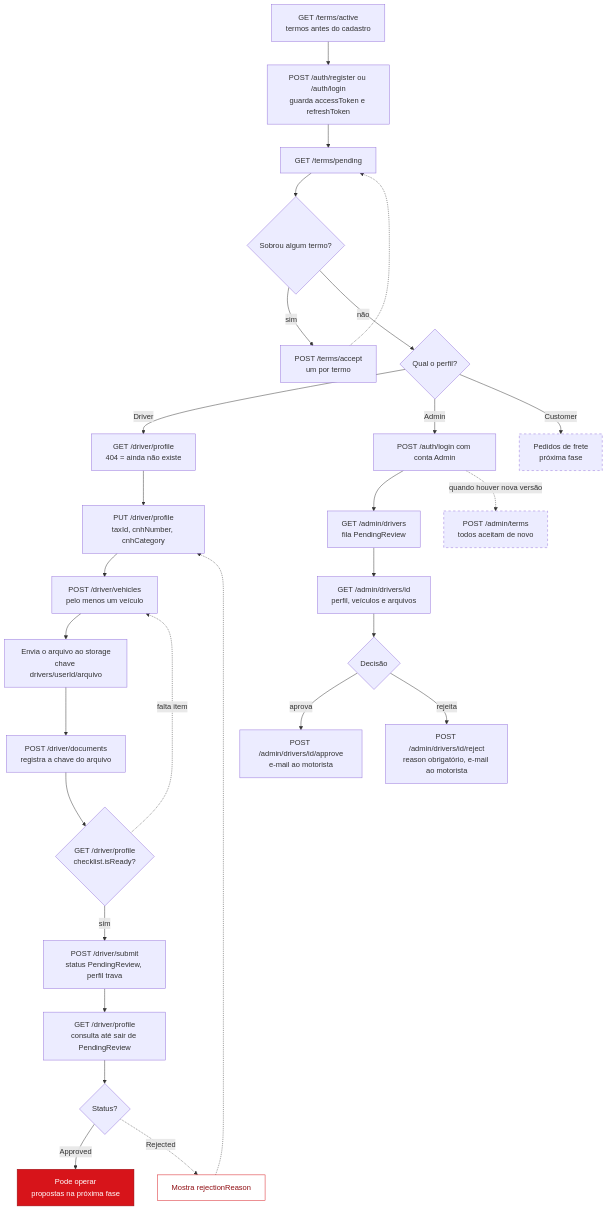
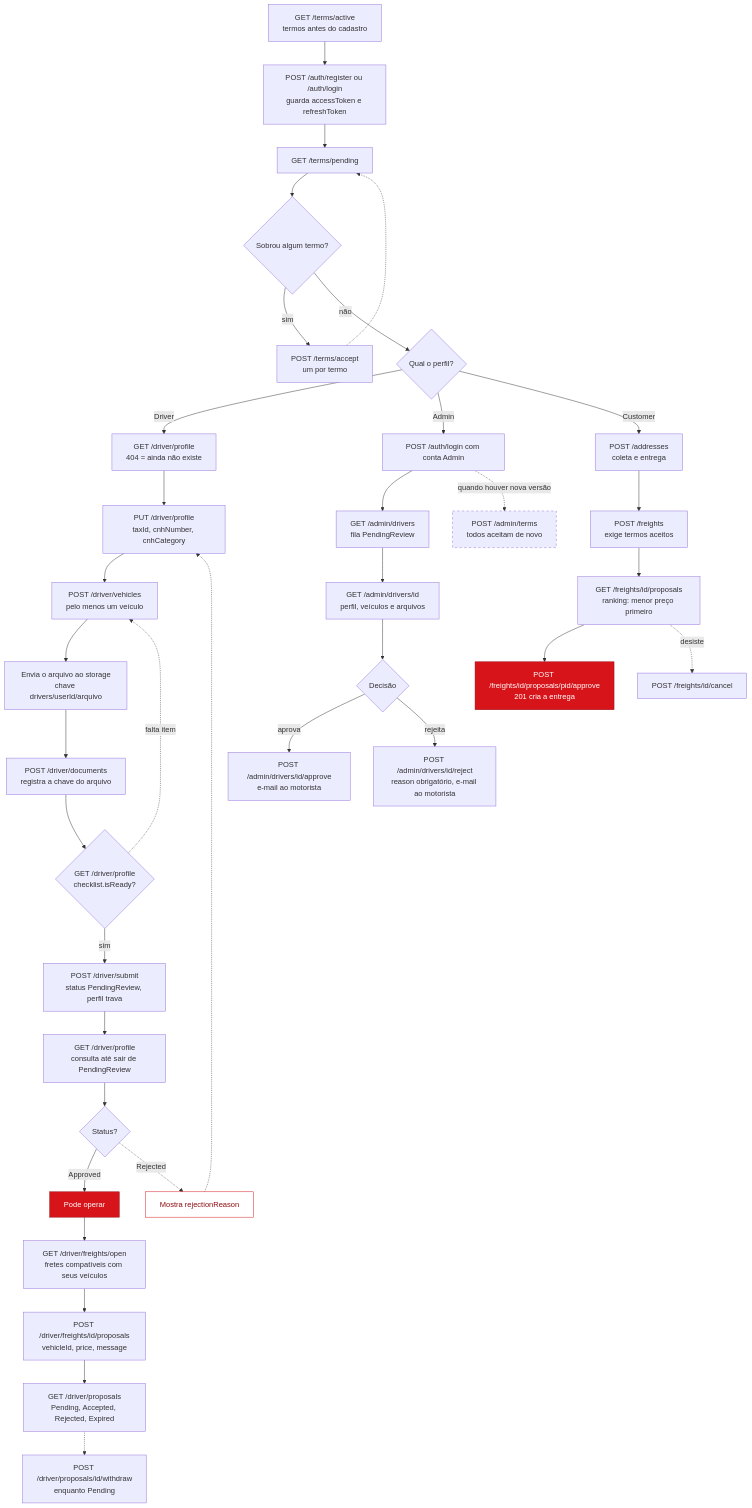
One commit to enzzo-dev/frota-online changed the seventh of 8 diagrams in README.md. Above: the diagram before and after it, drawn with Mermaid. The commit also changed other lines of this file and 47 other files, not shown here.

First line of the commit message:
feat: add marketplace with freight requests, proposals, ranking and approval

````diff
--- a/README.md
+++ b/README.md
@@ -252,38 +255,47 @@
 ```mermaid
 flowchart TD
     A["GET /terms/active<br/>termos antes do cadastro"] --> B["POST /auth/register ou /auth/login<br/>guarda accessToken e refreshToken"]
     B --> C["GET /terms/pending"]
     C --> D{"Sobrou algum termo?"}
     D -- sim --> E["POST /terms/accept<br/>um por termo"]
     E -.-> C
     D -- não --> F{"Qual o perfil?"}
 
     F -- Driver --> G["GET /driver/profile<br/>404 = ainda não existe"]
     G --> H["PUT /driver/profile<br/>taxId, cnhNumber, cnhCategory"]
     H --> I["POST /driver/vehicles<br/>pelo menos um veículo"]
     I --> J["Envia o arquivo ao storage<br/>chave drivers/userId/arquivo"]
     J --> K["POST /driver/documents<br/>registra a chave do arquivo"]
     K --> L{"GET /driver/profile<br/>checklist.isReady?"}
     L -. falta item .-> I
     L -- sim --> M["POST /driver/submit<br/>status PendingReview, perfil trava"]
     M --> N["GET /driver/profile<br/>consulta até sair de PendingReview"]
     N --> O{"Status?"}
-    O -- Approved --> P["Pode operar<br/>propostas na próxima fase"]
+    O -- Approved --> P["Pode operar"]
     O -. Rejected .-> Q["Mostra rejectionReason"]
     Q -.-> H
 
     F -- Admin --> R["POST /auth/login com conta Admin"]
     R --> S["GET /admin/drivers<br/>fila PendingReview"]
     S --> T["GET /admin/drivers/id<br/>perfil, veículos e arquivos"]
     T --> U{"Decisão"}
     U -- aprova --> V["POST /admin/drivers/id/approve<br/>e-mail ao motorista"]
     U -- rejeita --> W["POST /admin/drivers/id/reject<br/>reason obrigatório, e-mail ao motorista"]
     R -. quando houver nova versão .-> X["POST /admin/terms<br/>todos aceitam de novo"]
 
-    F -- Customer --> Y["Pedidos de frete<br/>próxima fase"]
+    P --> P1["GET /driver/freights/open<br/>fretes compatíveis com seus veículos"]
+    P1 --> P2["POST /driver/freights/id/proposals<br/>vehicleId, price, message"]
+    P2 --> P3["GET /driver/proposals<br/>Pending, Accepted, Rejected, Expired"]
+    P3 -.-> P4["POST /driver/proposals/id/withdraw<br/>enquanto Pending"]
+
+    F -- Customer --> Y["POST /addresses<br/>coleta e entrega"]
+    Y --> Y1["POST /freights<br/>exige termos aceitos"]
+    Y1 --> Y2["GET /freights/id/proposals<br/>ranking: menor preço primeiro"]
+    Y2 --> Y3["POST /freights/id/proposals/pid/approve<br/>201 cria a entrega"]
+    Y2 -. desiste .-> Y4["POST /freights/id/cancel"]
 
     style P fill:#d7141a,stroke:#8f0d12,color:#ffffff
     style Q fill:#ffffff,stroke:#d7141a,color:#8f0d12
     style X stroke-dasharray: 5 5
-    style Y stroke-dasharray: 5 5
+    style Y3 fill:#d7141a,stroke:#8f0d12,color:#ffffff
 ```
````
